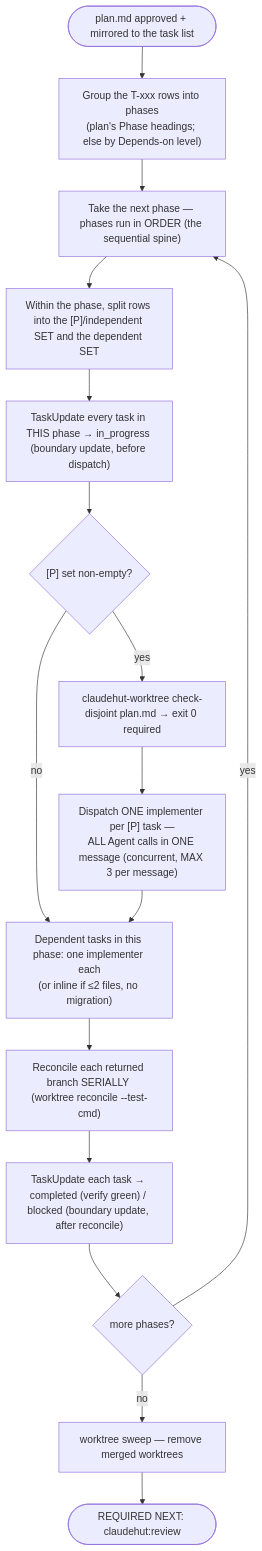
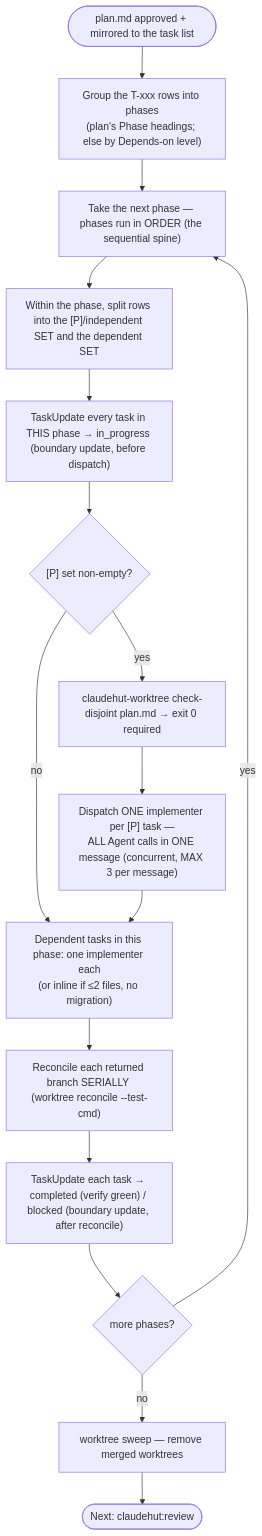
Before and after one commit to taipt1504/claudehut: the diagram in skills/implement/references/orchestration.md, drawn with Mermaid. The commit also changed other lines of this file and 51 other files, not shown here.

````diff
--- a/skills/implement/references/orchestration.md
+++ b/skills/implement/references/orchestration.md
@@ -8,17 +8,17 @@
 ```mermaid
 flowchart TB
     start([plan.md approved + mirrored to the task list]) --> grp["Group the T-xxx rows into phases<br/>(plan's Phase headings; else by Depends-on level)"]
     grp --> ph["Take the next phase — phases run in ORDER (the sequential spine)"]
     ph --> split["Within the phase, split rows into the [P]/independent SET and the dependent SET"]
     split --> mark["TaskUpdate every task in THIS phase → in_progress (boundary update, before dispatch)"]
     mark --> par{"[P] set non-empty?"}
     par -- yes --> disj["claudehut-worktree check-disjoint plan.md → exit 0 required"]
     disj --> fan["Dispatch ONE implementer per [P] task —<br/>ALL Agent calls in ONE message (concurrent, MAX 3 per message)"]
     par -- no --> seqd
     fan --> seqd["Dependent tasks in this phase: one implementer each<br/>(or inline if ≤2 files, no migration)"]
     seqd --> rec["Reconcile each returned branch SERIALLY (worktree reconcile --test-cmd)"]
     rec --> upd["TaskUpdate each task → completed (verify green) / blocked (boundary update, after reconcile)"]
     upd --> more{"more phases?"}
     more -- yes --> ph
-    more -- no --> sweep["worktree sweep — remove merged worktrees"] --> done([REQUIRED NEXT: claudehut:review])
+    more -- no --> sweep["worktree sweep — remove merged worktrees"] --> done([Next: claudehut:review])
 ```
````
